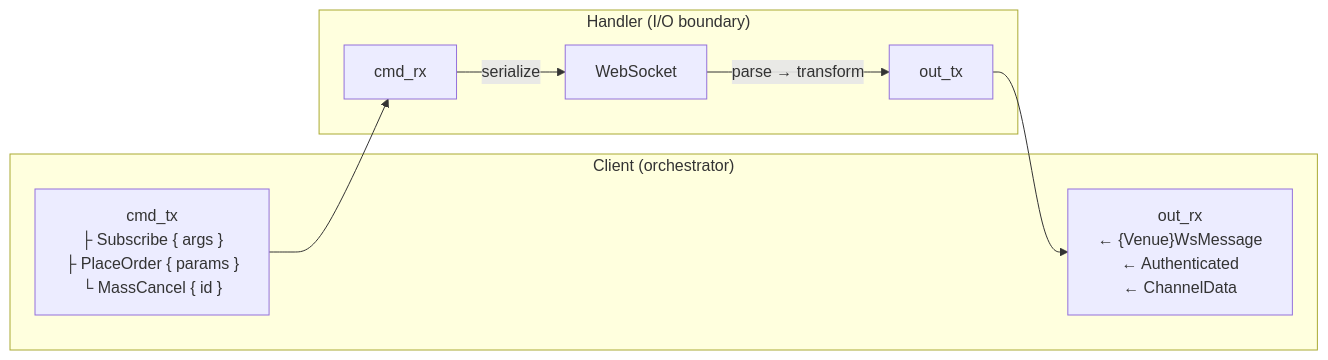
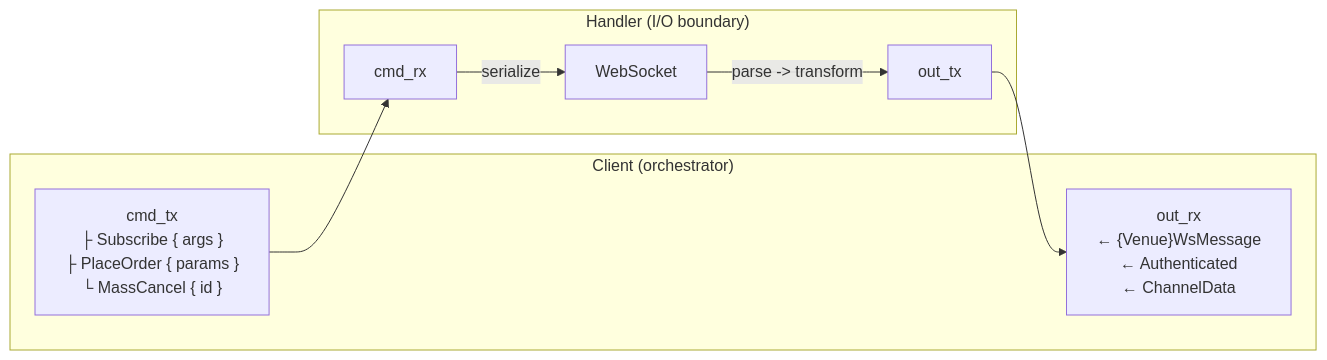
One commit to nautechsystems/nautilus_trader changed the diagram in docs/developer_guide/adapters.md. Above: the diagram before and after it, drawn with Mermaid. The commit also changed other lines of this file and 19 other files, not shown here.

````diff
--- a/docs/developer_guide/adapters.md
+++ b/docs/developer_guide/adapters.md
@@ -897,18 +897,18 @@
 ```mermaid
 flowchart LR
     subgraph client["Client (orchestrator)"]
         cmd_tx["cmd_tx<br/>├ Subscribe { args }<br/>├ PlaceOrder { params }<br/>└ MassCancel { id }"]
         out_rx["out_rx<br/>← {Venue}WsMessage<br/>← Authenticated<br/>← ChannelData"]
     end
 
     subgraph handler["Handler (I/O boundary)"]
         cmd_rx[cmd_rx]
         out_tx[out_tx]
         ws[WebSocket]
     end
 
     cmd_tx --> cmd_rx
     cmd_rx -->|"serialize"| ws
-    ws -->|"parse → transform"| out_tx
+    ws -->|"parse -> transform"| out_tx
     out_tx --> out_rx
 ```
````
